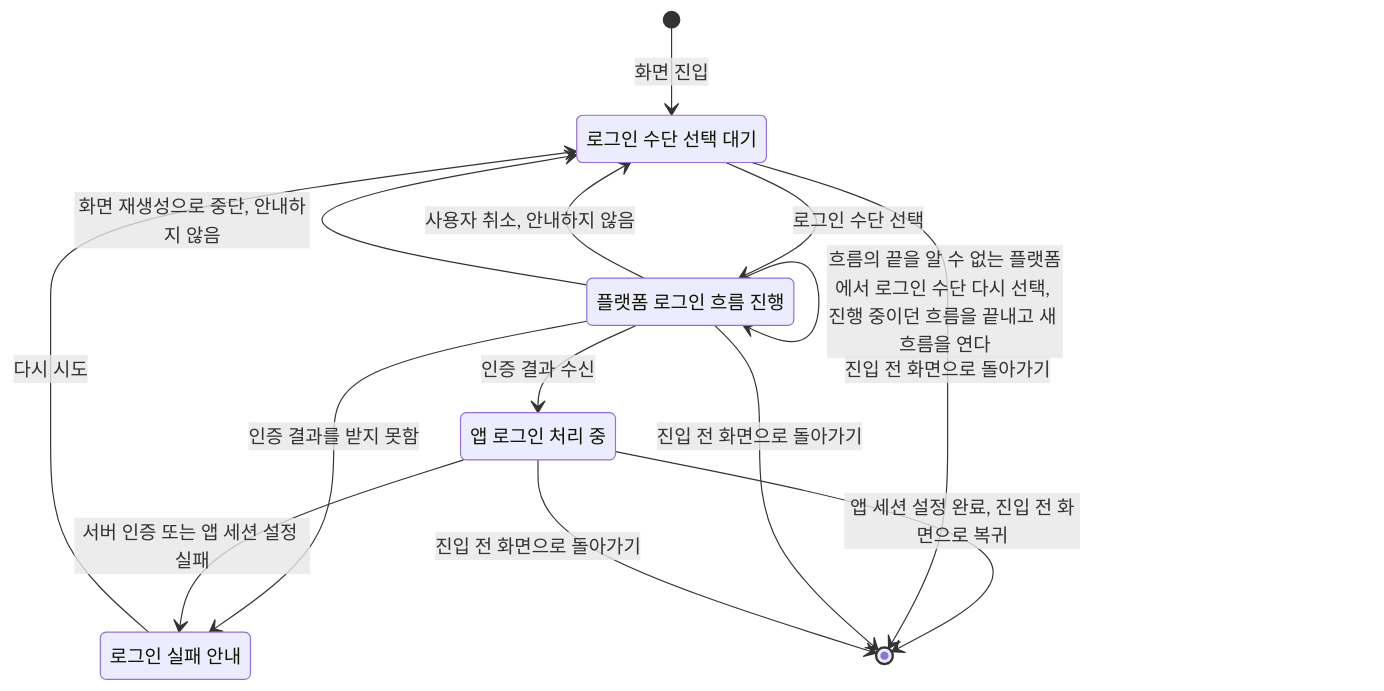
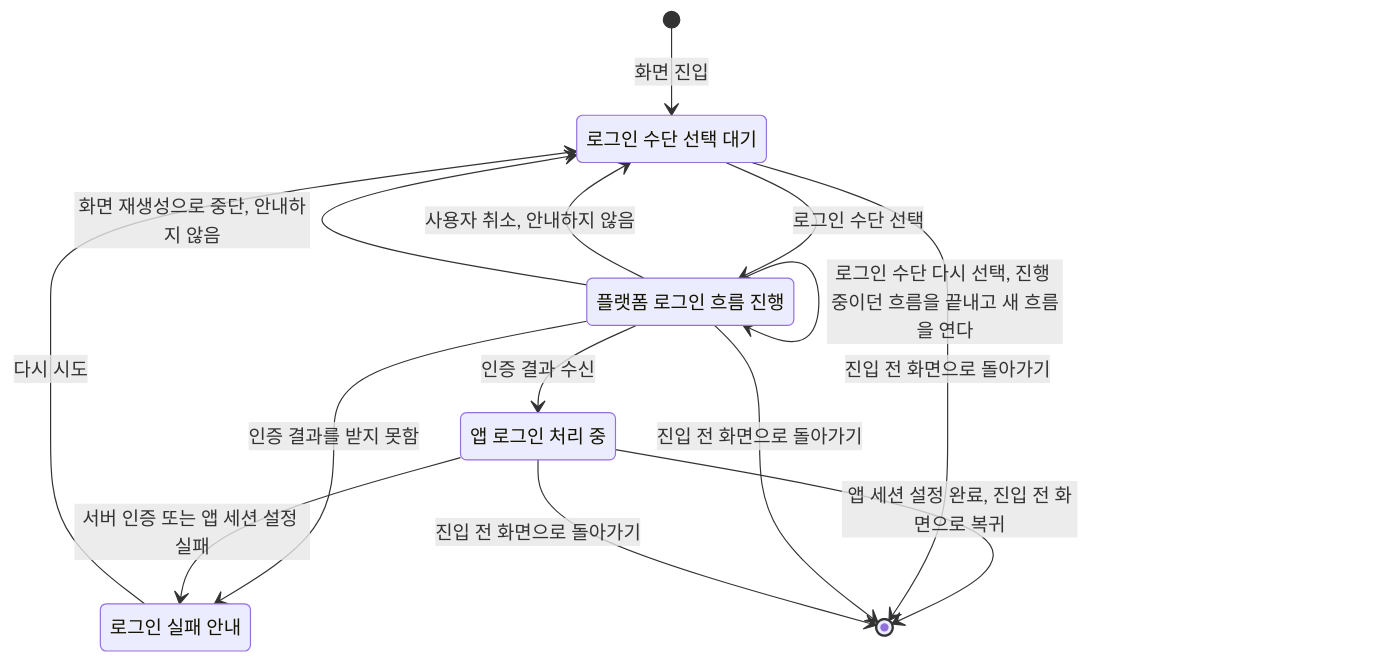
Before and after one commit to taetae98coding/DiaryKMP: the diagram in docs/spec/client/login.md, drawn with Mermaid. The commit also changed other lines of this file and 109 other files, not shown here.

````diff
--- a/docs/spec/client/login.md
+++ b/docs/spec/client/login.md
@@ -9,20 +9,20 @@
 ```mermaid
 stateDiagram-v2
     Idle: 로그인 수단 선택 대기
     Platform: 플랫폼 로그인 흐름 진행
     Processing: 앱 로그인 처리 중
     Failed: 로그인 실패 안내
     [*] --> Idle: 화면 진입
     Idle --> Platform: 로그인 수단 선택
-    Platform --> Platform: 흐름의 끝을 알 수 없는 플랫폼에서 로그인 수단 다시 선택, 진행 중이던 흐름을 끝내고 새 흐름을 연다
+    Platform --> Platform: 로그인 수단 다시 선택, 진행 중이던 흐름을 끝내고 새 흐름을 연다
     Platform --> Processing: 인증 결과 수신
     Platform --> Idle: 사용자 취소, 안내하지 않음
     Platform --> Idle: 화면 재생성으로 중단, 안내하지 않음
     Platform --> Failed: 인증 결과를 받지 못함
     Processing --> Failed: 서버 인증 또는 앱 세션 설정 실패
     Processing --> [*]: 앱 세션 설정 완료, 진입 전 화면으로 복귀
     Failed --> Idle: 다시 시도
     Idle --> [*]: 진입 전 화면으로 돌아가기
     Platform --> [*]: 진입 전 화면으로 돌아가기
     Processing --> [*]: 진입 전 화면으로 돌아가기
 ```
````
